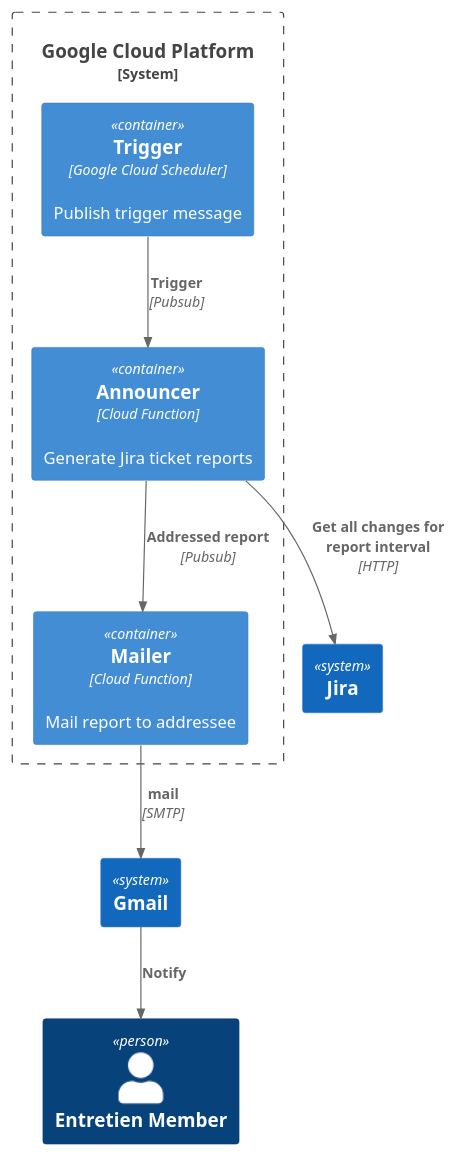
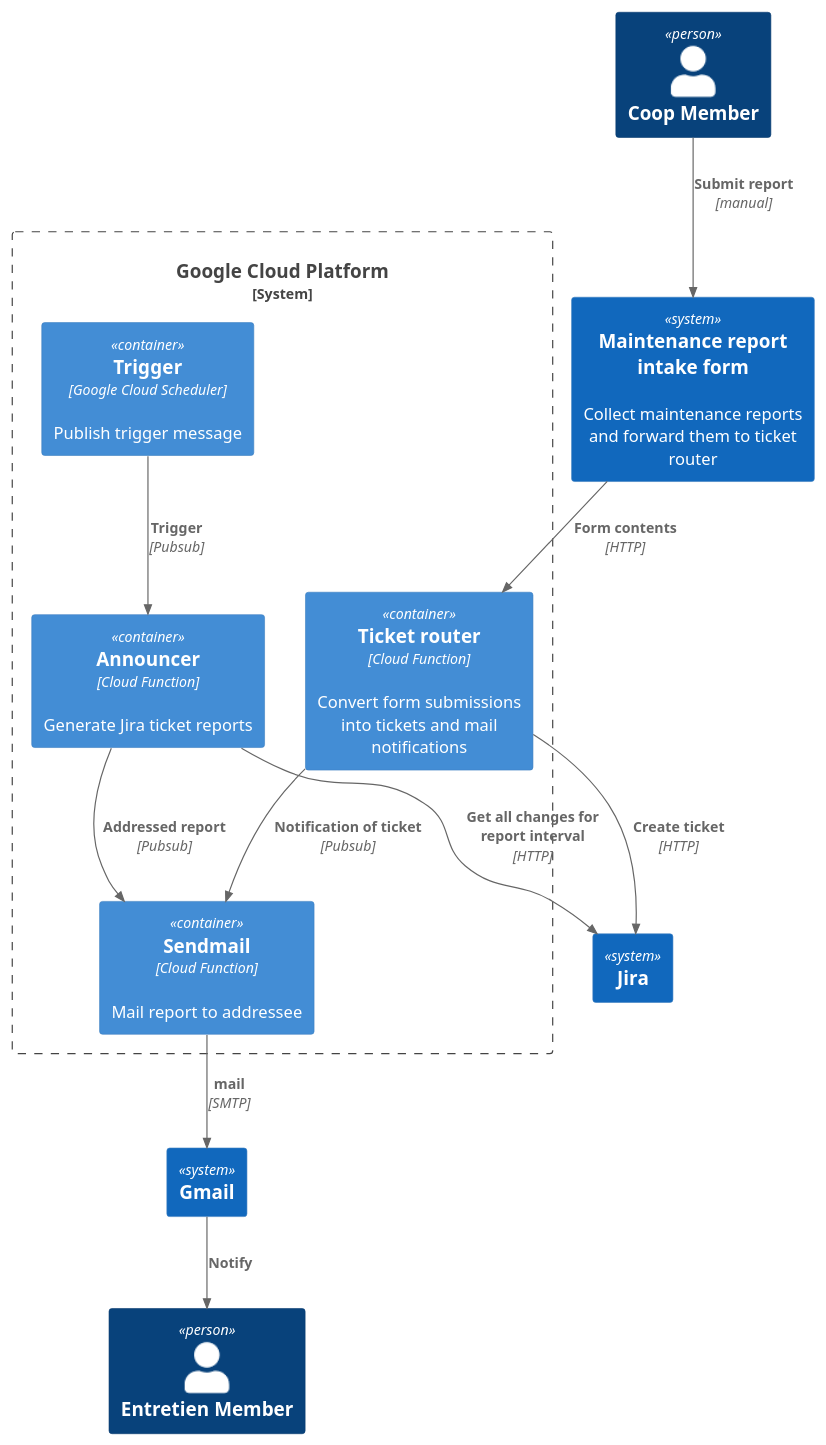
Before and after one commit to frig-neutron/entretien-announce: the diagram in doc/c4-container.puml, drawn with PlantUML. The commit also changed 102 other files, not shown here.

First line of the commit message:
15 migrate intake core logic from gas to gcf (#16)

```diff
--- a/doc/c4-container.puml
+++ b/doc/c4-container.puml
@@ -1,18 +1,29 @@
 @startuml C4_Elements
 !include https://raw.githubusercontent.com/plantuml-stdlib/C4-PlantUML/master/C4_Container.puml
 
 Person(entretienStaff, "Entretien Member")
+Person(member, "Coop Member")
+System(jira, Jira)
 System(gmail, Gmail)
-System(jira, Jira)
+
+System(form, "Maintenance report intake form", "Collect maintenance reports and forward them to ticket router")
+
 System_Boundary("gcp", "Google Cloud Platform"){
   Container(gcloudsched, "Trigger", "Google Cloud Scheduler", "Publish trigger message")
   Container(announcer_gcf, "Announcer", "Cloud Function", "Generate Jira ticket reports")
-  Container(mailer_gcf, "Mailer", "Cloud Function", "Mail report to addressee")
+  Container(router, "Ticket router", "Cloud Function", "Convert form submissions into tickets and mail notifications")
+  Container(mailer_gcf, "Sendmail", "Cloud Function", "Mail report to addressee")
 }
 
+Lay_L(router, announcer_gcf)
+
+Rel(member, form, "Submit report", "manual")
+Rel(form, router, "Form contents", "HTTP")
 Rel(gcloudsched, announcer_gcf, "Trigger", "Pubsub")
 Rel(announcer_gcf, jira, "Get all changes for report interval", "HTTP")
 Rel(announcer_gcf, mailer_gcf, "Addressed report", "Pubsub")
+Rel(router, mailer_gcf, "Notification of ticket", "Pubsub")
+Rel(router, jira, "Create ticket", "HTTP")
 Rel(mailer_gcf, gmail, "mail", "SMTP")
 Rel(gmail, entretienStaff, "Notify")
 @enduml
```
